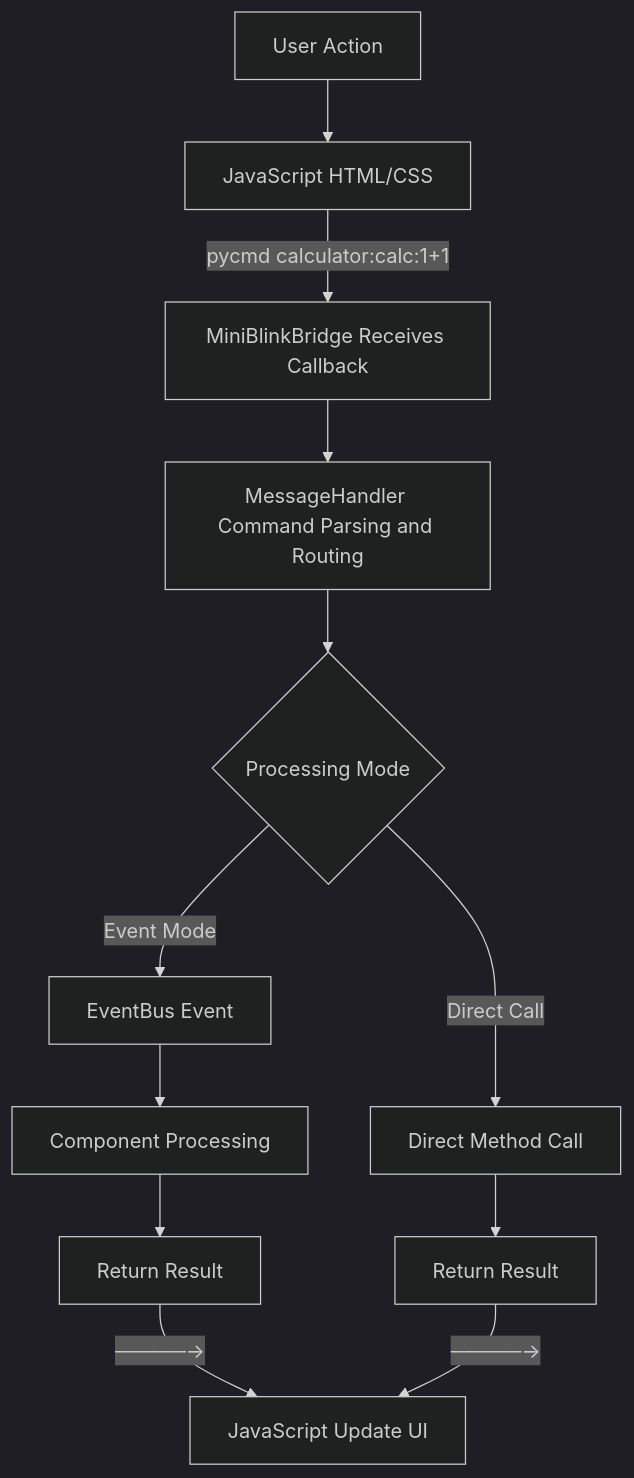
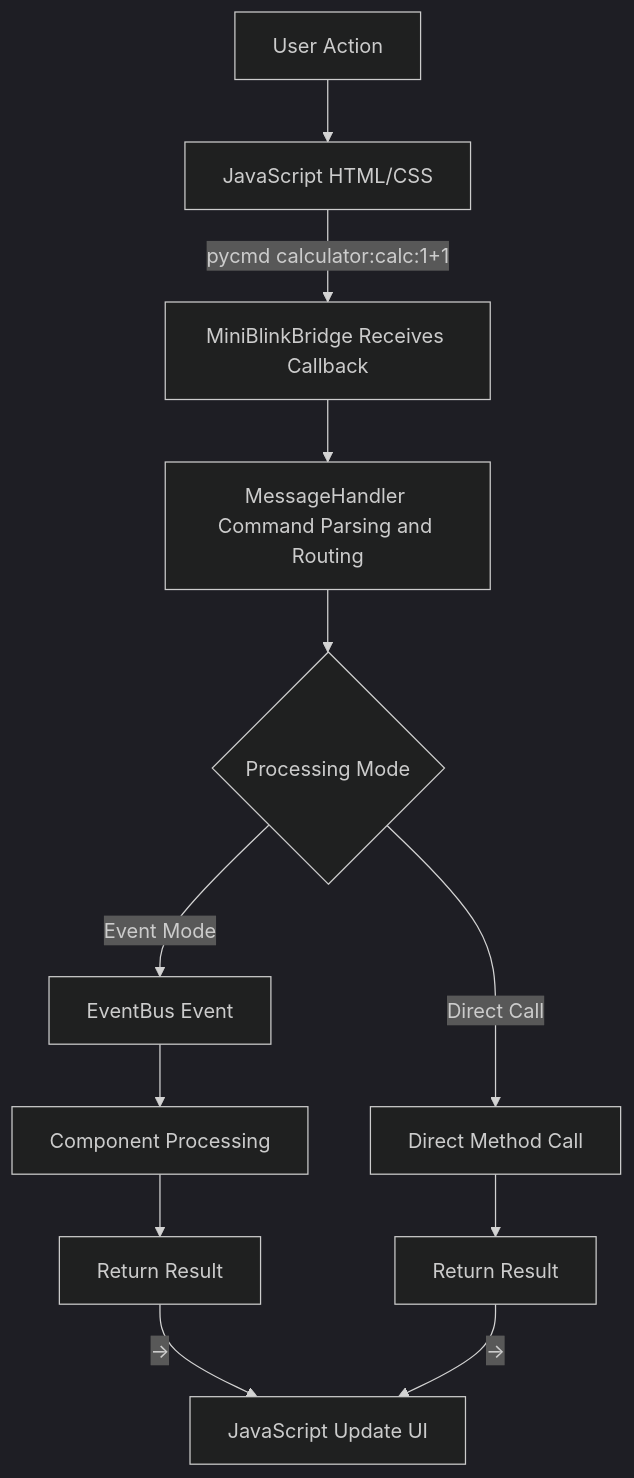
One commit to xiaojinao/Cellium changed the third of 4 diagrams in README.en.md. Above: the diagram before and after it, drawn with Mermaid (dark theme). The commit also changed other lines of this file and 1 other file, not shown here.

First line of the commit message:
docs: 更新README中的流程图样式和描述

````diff
--- a/README.en.md
+++ b/README.en.md
@@ -173,17 +173,17 @@
 ```mermaid
 flowchart TD
-    A[User Action] --> B[JavaScript HTML/CSS]
-    B -->|pycmd calculator:calc:1+1| C[MiniBlinkBridge Receives Callback]
-    C --> D[MessageHandler Command Parsing and Routing]
+    A["User Action"] --> B["JavaScript HTML/CSS"]
+    B -->|"pycmd calculator:calc:1+1"| C["MiniBlinkBridge Receives Callback"]
+    C --> D["MessageHandler Command Parsing and Routing"]
     
     D --> E{Processing Mode}
-    E -->|Event Mode| F[EventBus Event]
-    E -->|Direct Call| G[Direct Method Call]
+    E -->|"Event Mode"| F["EventBus Event"]
+    E -->|"Direct Call"| G["Direct Method Call"]
     
-    F --> H[Component Processing]
-    G --> I[Return Result]
-    H --> J[Return Result]
+    F --> H["Component Processing"]
+    G --> I["Return Result"]
+    H --> J["Return Result"]
     
-    J -->|─────→| K[JavaScript Update UI]
-    I -->|─────→| K
+    J -->|"→"| K["JavaScript Update UI"]
+    I -->|"→"| K
 ```
````
